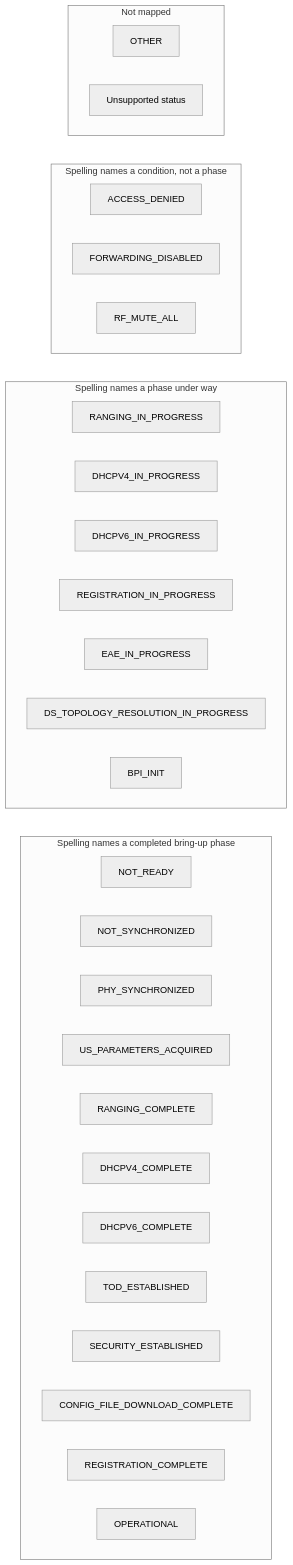
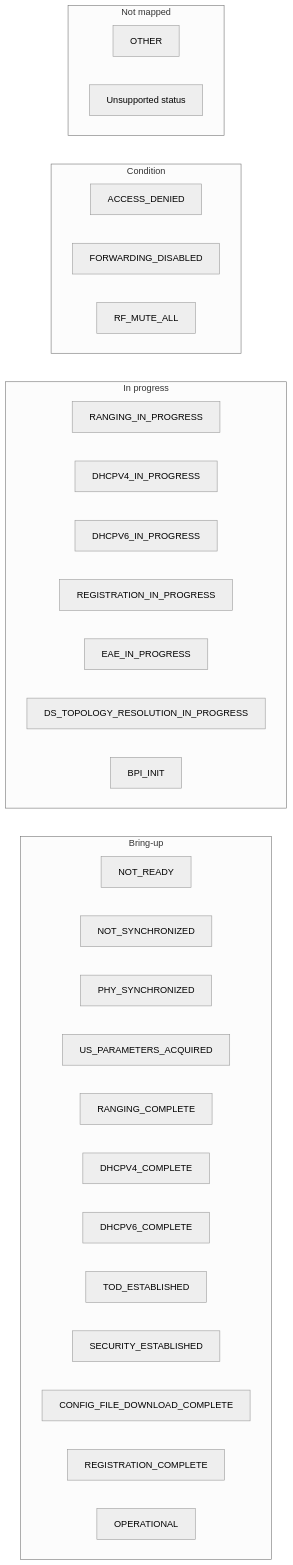
Before and after one commit to Blitzy-Sky/rdkb-halif-cm: the fourth of 4 diagrams in docs/pages/halSpec.md, drawn with Mermaid (neutral theme). The commit also changed other lines of this file, not shown here.

````diff
--- a/docs/pages/halSpec.md
+++ b/docs/pages/halSpec.md
@@ -585,39 +586,39 @@
 ```mermaid
 flowchart LR
-    subgraph phase["Spelling names a completed bring-up phase"]
+    subgraph phase["Bring-up"]
         direction LR
         p0["NOT_READY"]
         p1["NOT_SYNCHRONIZED"]
         p2["PHY_SYNCHRONIZED"]
         p3["US_PARAMETERS_ACQUIRED"]
         p4["RANGING_COMPLETE"]
         p5["DHCPV4_COMPLETE"]
         p6["DHCPV6_COMPLETE"]
         p7["TOD_ESTABLISHED"]
         p8["SECURITY_ESTABLISHED"]
         p9["CONFIG_FILE_DOWNLOAD_COMPLETE"]
         p10["REGISTRATION_COMPLETE"]
         p11["OPERATIONAL"]
     end
-    subgraph prog["Spelling names a phase under way"]
+    subgraph prog["In progress"]
         direction LR
         q0["RANGING_IN_PROGRESS"]
         q1["DHCPV4_IN_PROGRESS"]
         q2["DHCPV6_IN_PROGRESS"]
         q3["REGISTRATION_IN_PROGRESS"]
         q4["EAE_IN_PROGRESS"]
         q5["DS_TOPOLOGY_RESOLUTION_IN_PROGRESS"]
         q6["BPI_INIT"]
     end
-    subgraph cond["Spelling names a condition, not a phase"]
+    subgraph cond["Condition"]
         direction LR
         c0["ACCESS_DENIED"]
         c1["FORWARDING_DISABLED"]
         c2["RF_MUTE_ALL"]
     end
     subgraph unm["Not mapped"]
         direction LR
         u0["OTHER"]
         u1["Unsupported status"]
     end
 ```
````
